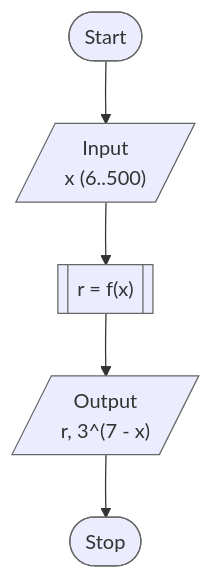
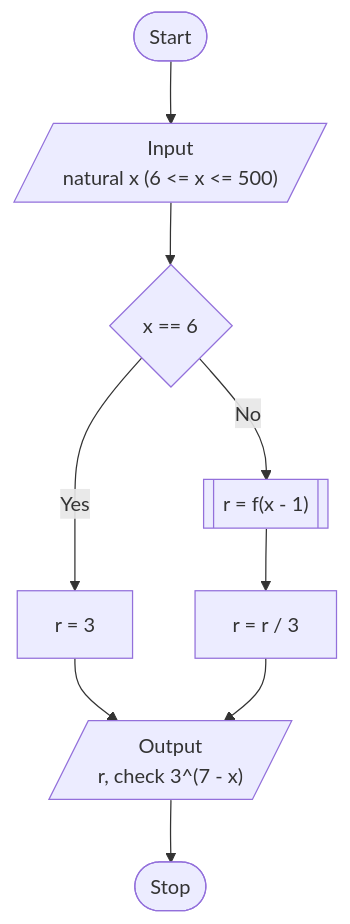
One commit to nykonhrytsyshyn/khnu-prog-labs changed the third of 4 diagrams in lab_06/README.md. Above: the diagram before and after it, drawn with Mermaid. The commit also changed other lines of this file and 2 other files, not shown here.

Commit message:
Update flowcharts

````diff
--- a/lab_06/README.md
+++ b/lab_06/README.md
@@ -138,10 +120,11 @@
 ```mermaid
 flowchart TD
-  A(["Start"]) --> B[/"Input<br/>x (6..500)"/]
-  B --> C[["r = f(x)"]]
-  C --> D[/"Output<br/>r, 3^(7 - x)"/]
-  D --> E(["Stop"])
-
-  classDef stage stroke:#666,rx:6,ry:6
-  class A,B,C,D,E stage
+  A(["Start"]) --> B[/"Input<br/>natural x (6 <= x <= 500)"/]
+  B --> C{"x == 6"}
+  C -->|Yes| D["r = 3"]
+  C -->|No| E[["r = f(x - 1)"]]
+  E --> F["r = r / 3"]
+  D --> G[/"Output<br/>r, check 3^(7 - x)"/]
+  F --> G
+  G --> H(["Stop"])
 ```
````
